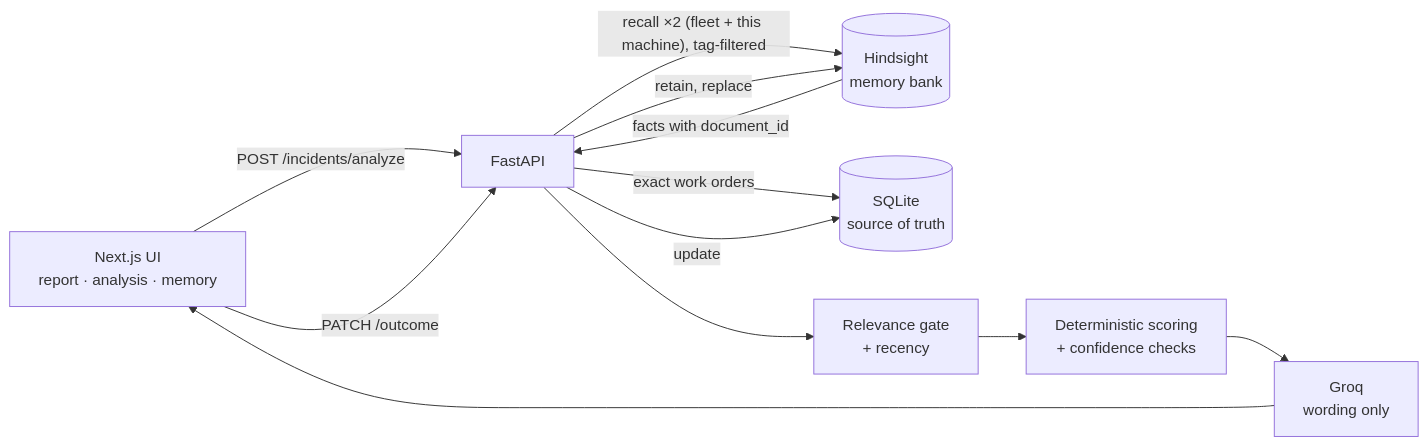
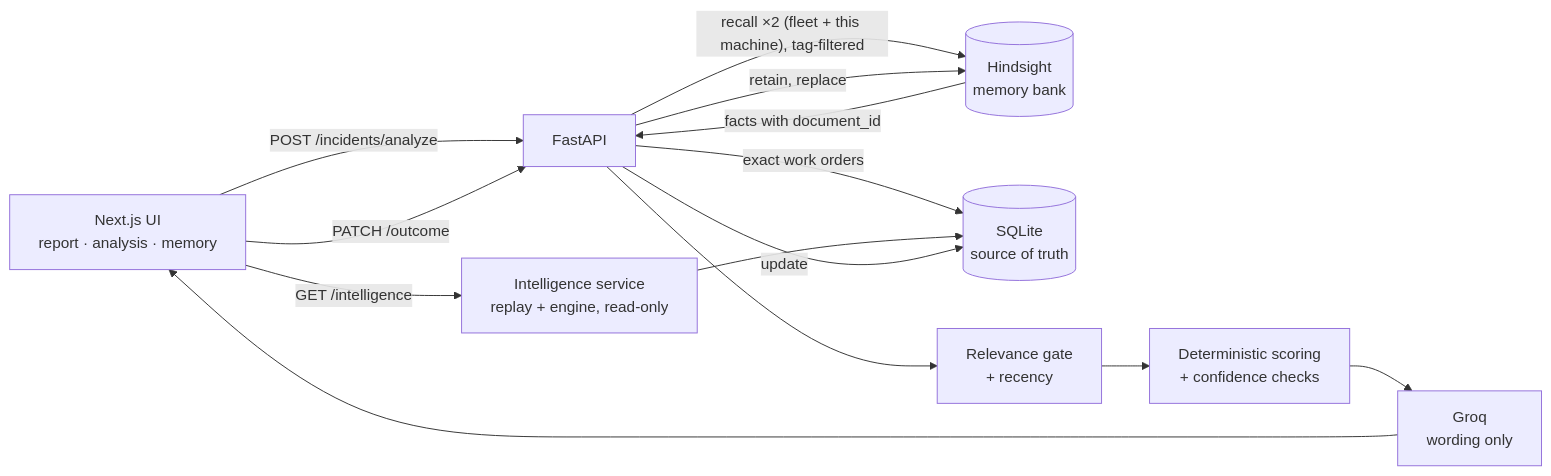
One commit to VamsiVarada-3632/trace-engine changed the diagram in README.md. Above: the diagram before and after it, drawn with Mermaid. The commit also changed other lines of this file and 1 other file, not shown here.

First line of the commit message:
docs: TRACE Intelligence

````diff
--- a/README.md
+++ b/README.md
@@ -24,14 +25,16 @@
 ```mermaid
 flowchart LR
     UI["Next.js UI<br/>report · analysis · memory"] -->|POST /incidents/analyze| API[FastAPI]
     API -->|"recall ×2 (fleet + this machine), tag-filtered"| HS[(Hindsight<br/>memory bank)]
     HS -->|facts with document_id| API
     API -->|exact work orders| DB[(SQLite<br/>source of truth)]
     API --> GATE[Relevance gate<br/>+ recency]
     GATE --> SCORE[Deterministic scoring<br/>+ confidence checks]
     SCORE --> LLM[Groq<br/>wording only]
     LLM --> UI
+    UI -->|GET /intelligence| INTEL[Intelligence service<br/>replay + engine, read-only]
+    INTEL --> DB
     UI -->|PATCH /outcome| API
     API -->|update| DB
     API -->|retain, replace| HS
 ```
````
